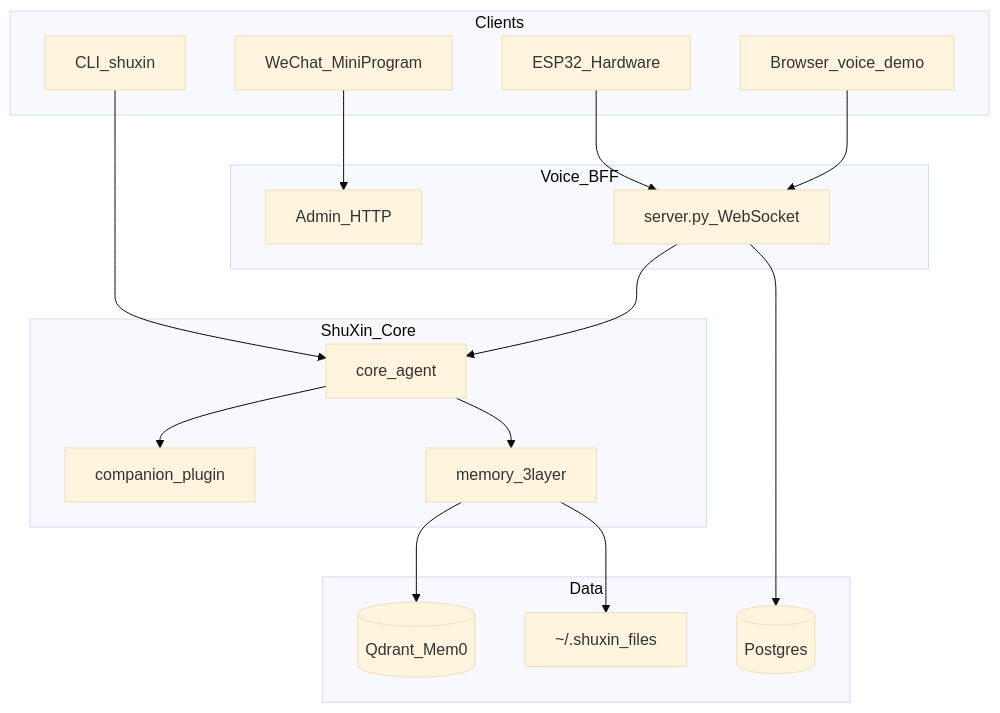
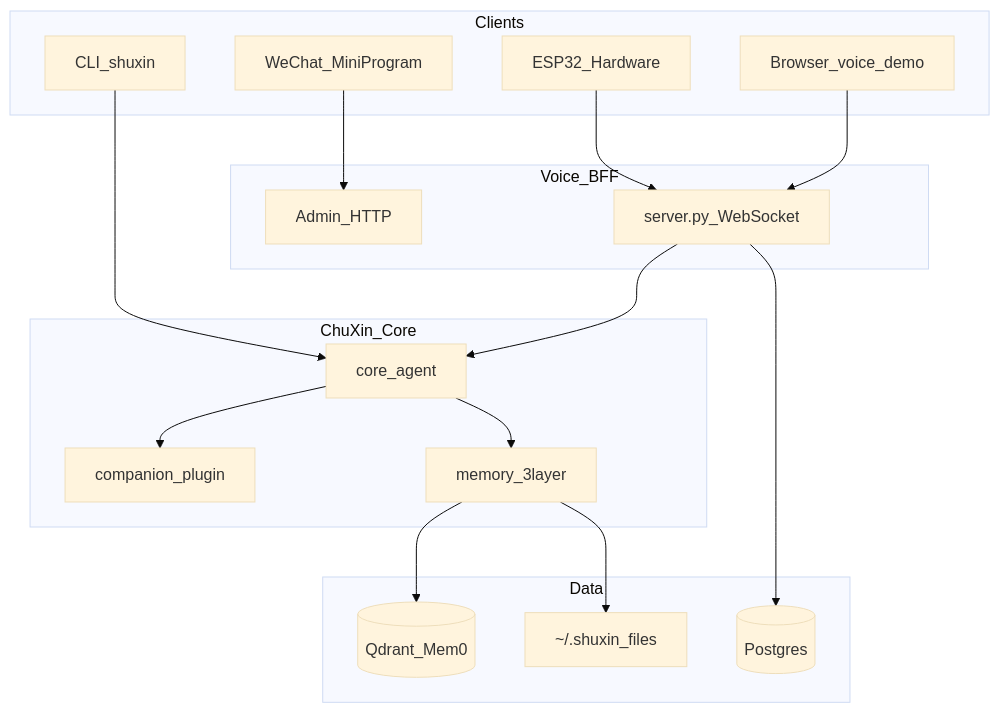
The diagram in README.md (pureheartrobotics/shuxin), drawn with Mermaid (base theme) before and after one commit. The commit also changed other lines of this file and 23 other files, not shown here.

````diff
--- a/README.md
+++ b/README.md
@@ -133,33 +134,33 @@
 ```mermaid
 flowchart TB
   subgraph clients [Clients]
     CLI[CLI_shuxin]
     MiniApp[WeChat_MiniProgram]
     HW[ESP32_Hardware]
     VoiceDemo[Browser_voice_demo]
   end
   subgraph voice [Voice_BFF]
     WSServer[server.py_WebSocket]
     Admin[Admin_HTTP]
   end
-  subgraph core [ShuXin_Core]
+  subgraph core [ChuXin_Core]
     Agent[core_agent]
     Companion[companion_plugin]
     Memory[memory_3layer]
   end
   subgraph data [Data]
     PG[(Postgres)]
     Qdrant[(Qdrant_Mem0)]
     FS["~/.shuxin_files"]
   end
   CLI --> Agent
   MiniApp --> Admin
   HW --> WSServer
   VoiceDemo --> WSServer
   WSServer --> Agent
   WSServer --> PG
   Agent --> Companion
   Agent --> Memory
   Memory --> Qdrant
   Memory --> FS
 ```
````
